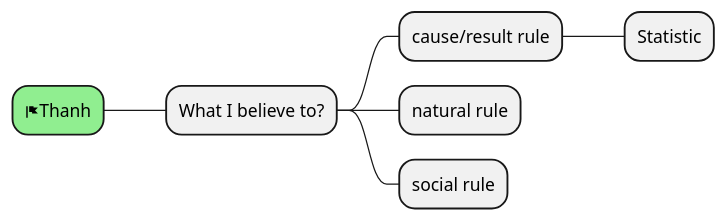
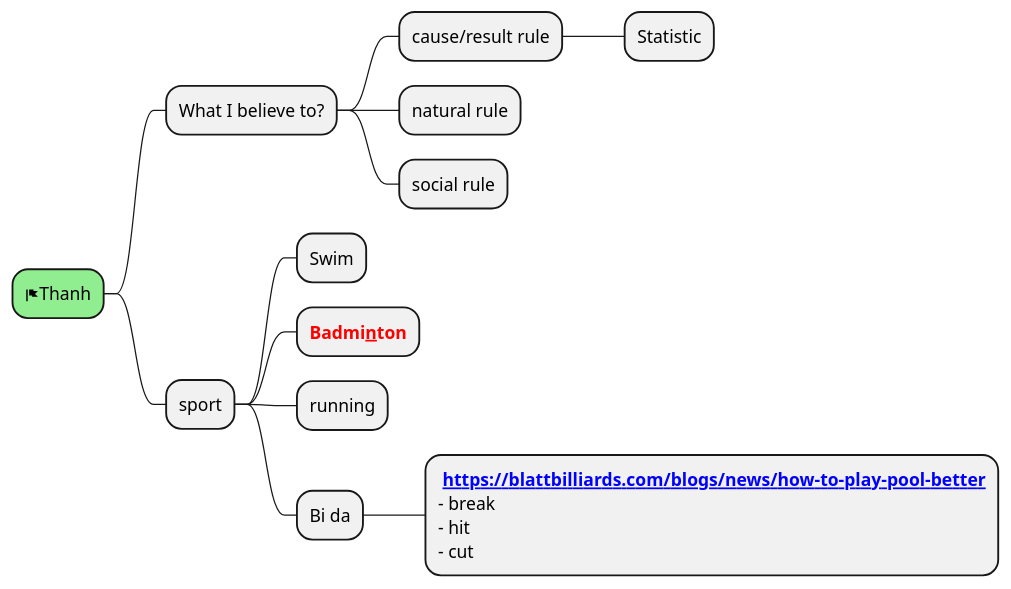
Before and after one commit to thanhnv2210/MyPlantuml: the diagram in src/English/ThanhNguyen/HowToReactWithLife.puml, drawn with PlantUML. The commit also changed 9 other files, not shown here.

```diff
--- a/src/English/ThanhNguyen/HowToReactWithLife.puml
+++ b/src/English/ThanhNguyen/HowToReactWithLife.puml
@@ -1,10 +1,21 @@
 @startmindmap
 
 *[#lightgreen] <&flag>Thanh
 ** What I believe to?
 *** cause/result rule
 **** Statistic
 *** natural rule
 *** social rule
 
+** sport
+*** Swim
+*** <b><color:red>Badmi__n__ton
+*** running
+*** Bi da
+****: <b><color:blue>__https://blattbilliards.com/blogs/news/how-to-play-pool-better__
+- break
+- hit
+- cut;
+
+
 @endmindmap
```
